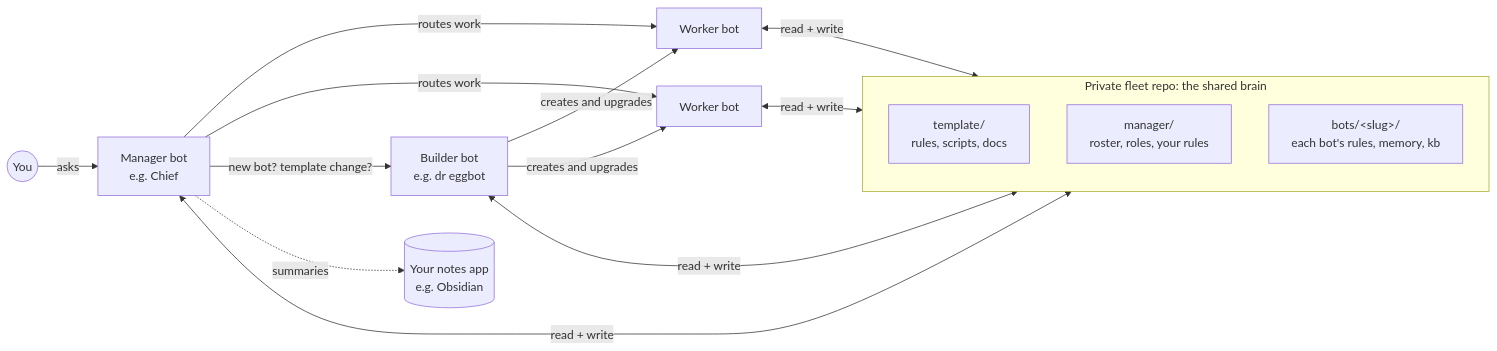
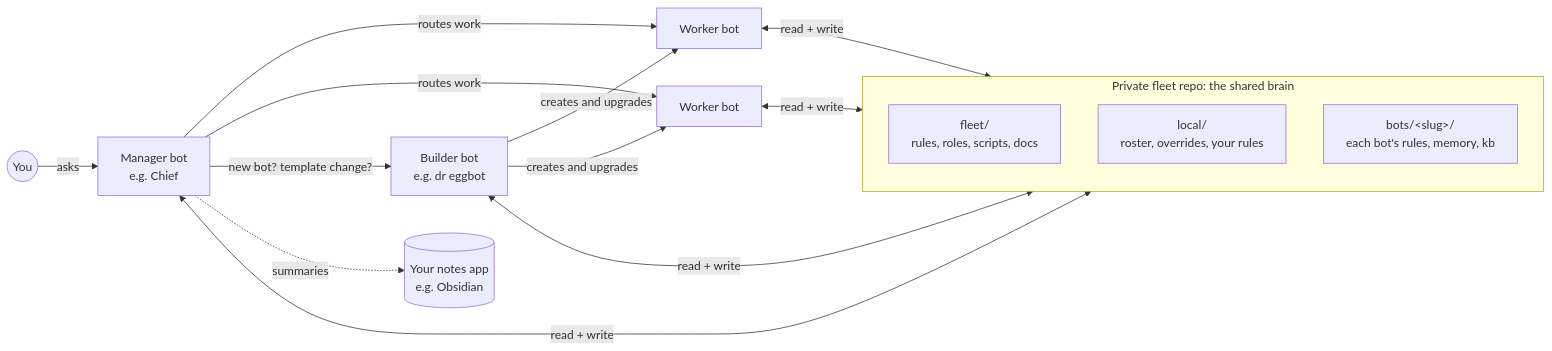
The diagram in README.md (yuntaoL/bot-fleet-kit), drawn with Mermaid before and after one commit. The commit also changed other lines of this file and 129 other files, not shown here.

Commit message:
v0.10.0: split template/ into fleet/ + templates/, manager/ -> local/, startup.md, compat links, migration

````diff
--- a/README.md
+++ b/README.md
@@ -40,19 +40,19 @@
 ```mermaid
 flowchart LR
   You((You)) -->|asks| Chief[Manager bot<br/>e.g. Chief]
   Chief -->|routes work| W1[Worker bot]
   Chief -->|routes work| W2[Worker bot]
   Chief -->|"new bot? template change?"| Egg[Builder bot<br/>e.g. dr eggbot]
   Egg -->|creates and upgrades| W1
   Egg -->|creates and upgrades| W2
   subgraph Git[Private fleet repo: the shared brain]
-    T[template/<br/>rules, scripts, docs]
-    M[manager/<br/>roster, roles, your rules]
+    T[fleet/<br/>rules, roles, scripts, docs]
+    M[local/<br/>roster, overrides, your rules]
     B[bots/&lt;slug&gt;/<br/>each bot's rules, memory, kb]
   end
   Chief <-->|read + write| Git
   Egg <-->|read + write| Git
   W1 <-->|read + write| Git
   W2 <-->|read + write| Git
   Chief -.->|summaries| Notes[(Your notes app<br/>e.g. Obsidian)]
 ```
````
